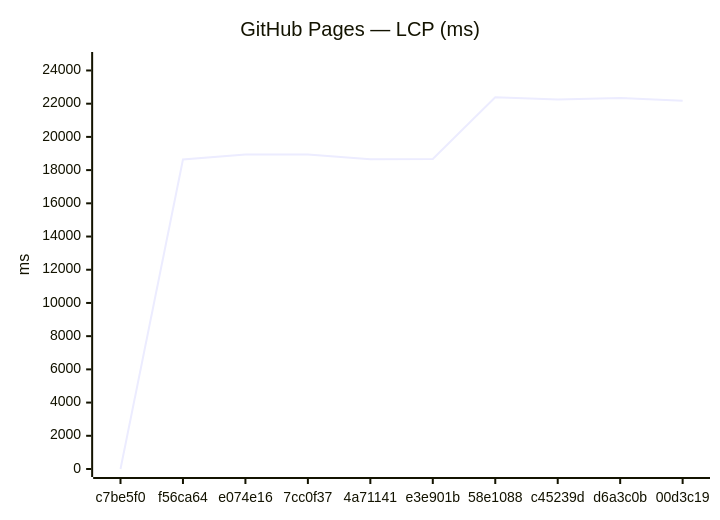
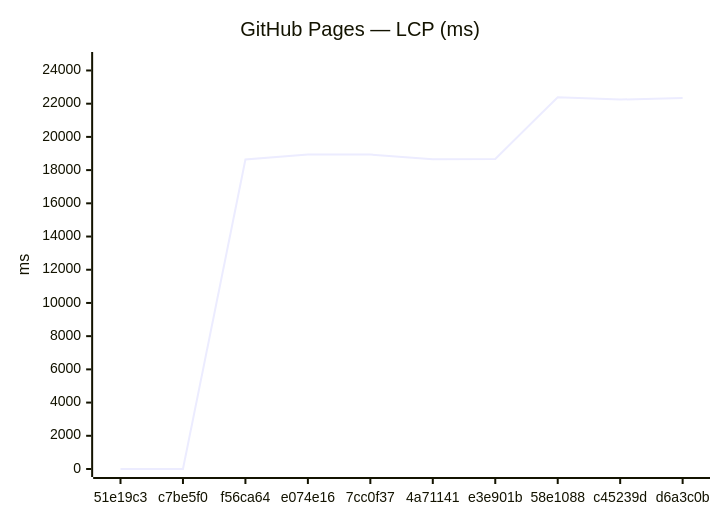
The third of 18 diagrams in benchmarks/compare.md (Metaheurist/Rianell), drawn with Mermaid before and after one commit. The commit also changed other lines of this file and 11 other files, not shown here.

````diff
--- a/benchmarks/compare.md
+++ b/benchmarks/compare.md
@@ -54,7 +54,7 @@
 ```mermaid
 xychart-beta
     title "GitHub Pages — LCP (ms)"
-    x-axis ["c7be5f0", "f56ca64", "e074e16", "7cc0f37", "4a71141", "e3e901b", "58e1088", "c45239d", "d6a3c0b", "00d3c19"]
+    x-axis ["51e19c3", "c7be5f0", "f56ca64", "e074e16", "7cc0f37", "4a71141", "e3e901b", "58e1088", "c45239d", "d6a3c0b"]
     y-axis "ms" 0 --> 24631
-    line [0, 18641, 18940, 18936, 18660, 18674, 22391, 22250, 22344, 22178]
+    line [0, 0, 18641, 18940, 18936, 18660, 18674, 22391, 22250, 22344]
 ```
````
